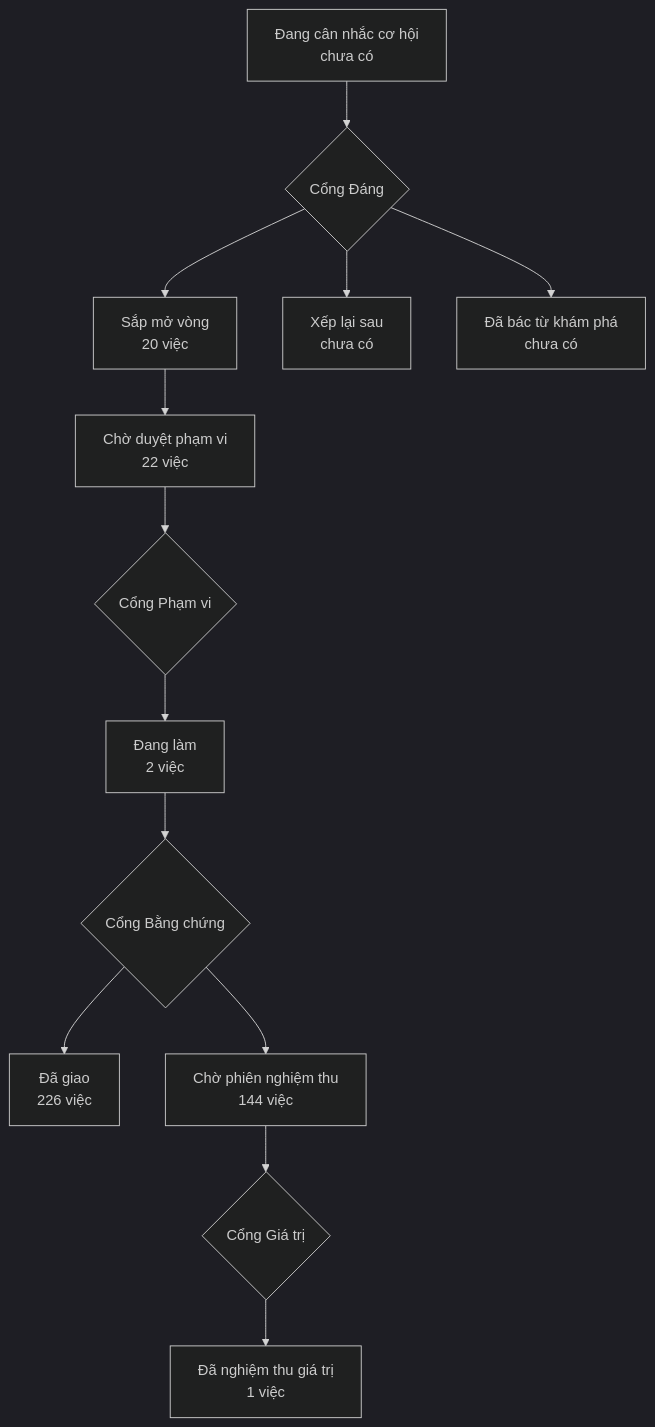
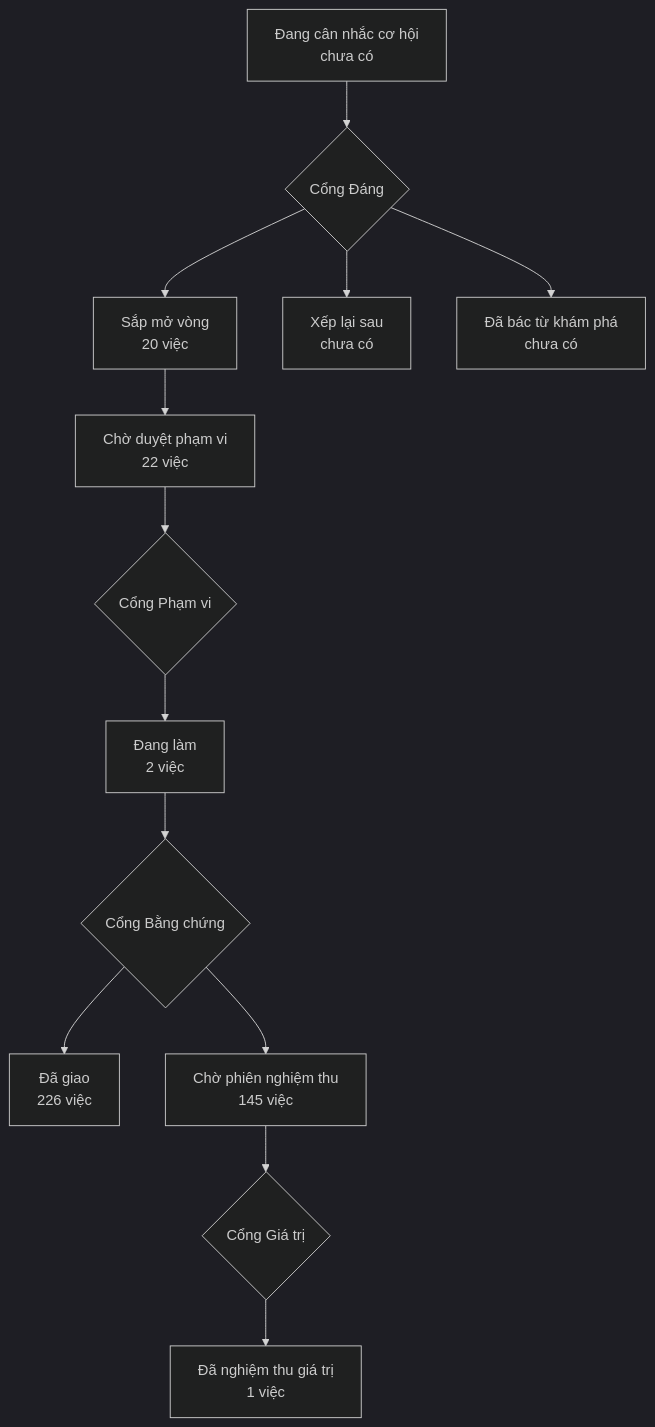
Before and after one commit to phanlemanh/onehub-invest: the diagram in PRODUCT-MAP.md, drawn with Mermaid (dark theme). The commit also changed other lines of this file and 1 other file, not shown here.

Commit message:
chore(day-ban-chep-sang-may-phat-trien): sinh lại PRODUCT-MAP, LO-TRINH sau nhận HT18 + main

````diff
--- a/PRODUCT-MAP.md
+++ b/PRODUCT-MAP.md
@@ -7,12 +7,12 @@
 ```mermaid
 flowchart TD
   A["Đang cân nhắc cơ hội<br/>chưa có"] --> GD{"Cổng Đáng"}
   GD --> B["Sắp mở vòng<br/>20 việc"]
   GD --> XL["Xếp lại sau<br/>chưa có"]
   GD --> DB["Đã bác từ khám phá<br/>chưa có"]
   B --> CD["Chờ duyệt phạm vi<br/>22 việc"] --> GP{"Cổng Phạm vi"}
   GP --> DL["Đang làm<br/>2 việc"] --> GB{"Cổng Bằng chứng"}
   GB --> DG["Đã giao<br/>226 việc"]
-  GB --> CN["Chờ phiên nghiệm thu<br/>144 việc"] --> GG{"Cổng Giá trị"}
+  GB --> CN["Chờ phiên nghiệm thu<br/>145 việc"] --> GG{"Cổng Giá trị"}
   GG --> NT["Đã nghiệm thu giá trị<br/>1 việc"]
 ```
````
